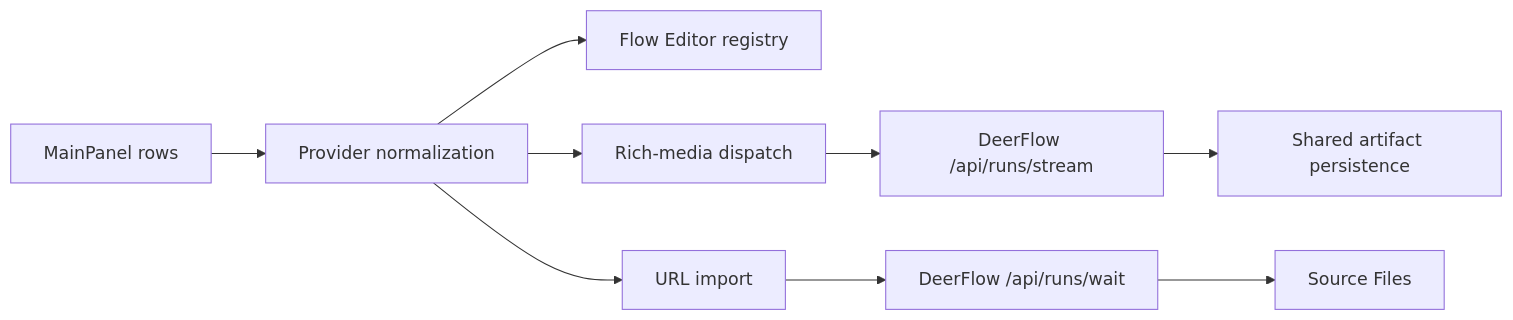
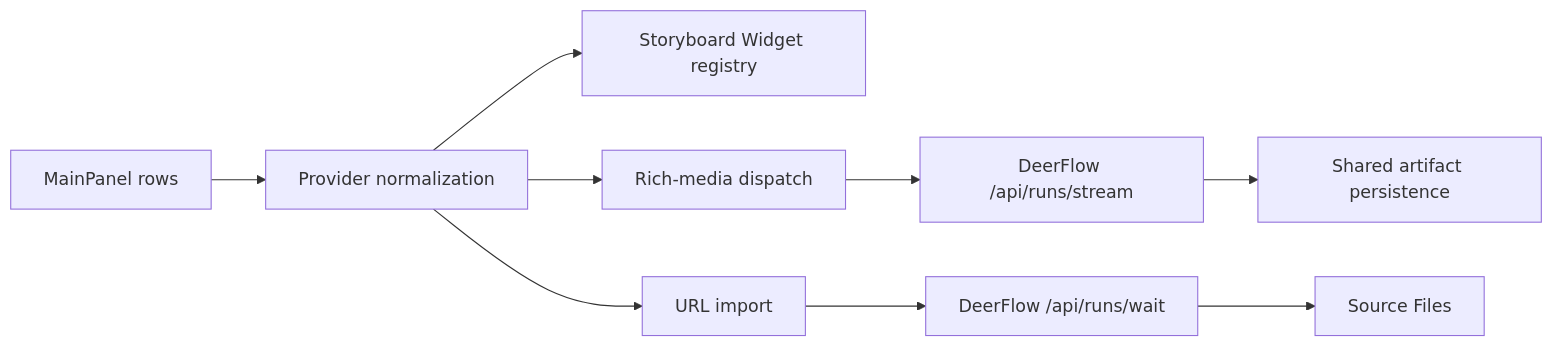
One commit to huijoohwee/knowgrph changed the first of 2 diagrams in docs/documents/knowgrph-deerflow/knowgrph-deerflow-prd-tad-delivery-validation.md. Above: the diagram before and after it, drawn with Mermaid. The commit also changed other lines of this file and 959 other files, not shown here.

Commit message:
feat: ship storyboard widget runtime

````diff
--- a/docs/documents/knowgrph-deerflow/knowgrph-deerflow-prd-tad-delivery-validation.md
+++ b/docs/documents/knowgrph-deerflow/knowgrph-deerflow-prd-tad-delivery-validation.md
@@ -24,11 +24,11 @@
 ```mermaid
 flowchart LR
     P1[MainPanel rows] --> P2[Provider normalization]
-    P2 --> P3[Flow Editor registry]
+    P2 --> P3[Storyboard Widget registry]
     P2 --> P4[Rich-media dispatch]
     P4 --> P5[DeerFlow /api/runs/stream]
     P5 --> P6[Shared artifact persistence]
     P2 --> P7[URL import]
     P7 --> P8[DeerFlow /api/runs/wait]
     P8 --> P9[Source Files]
 ```
````
